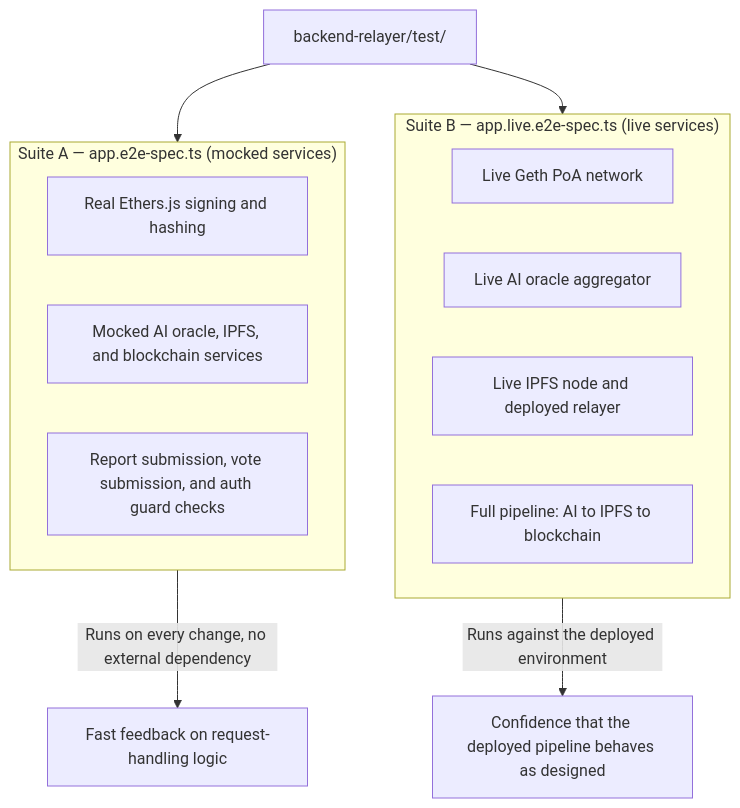
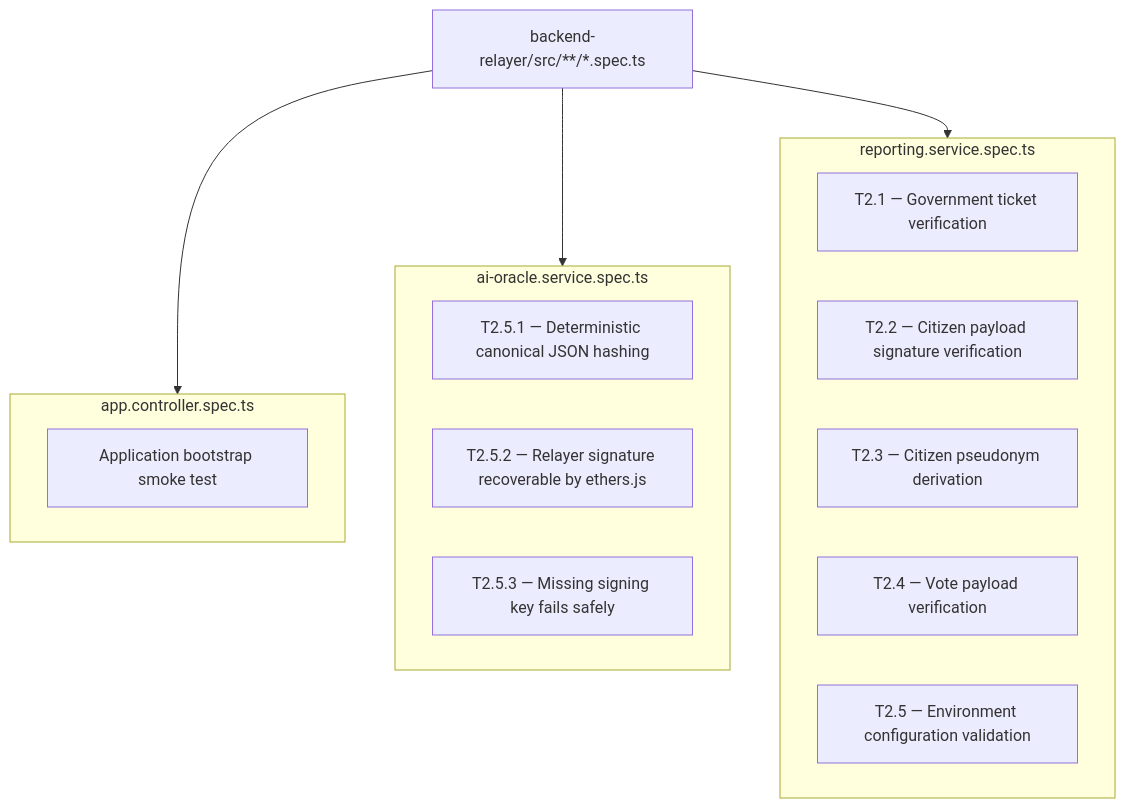
Before and after one commit to nostoc/fyp-reports: the diagram in final-report/Diagrams/chapter5-relayer-test-suites.mmd, drawn with Mermaid. The commit also changed 17 other files, not shown here.

```diff
--- a/final-report/Diagrams/chapter5-relayer-test-suites.mmd
+++ b/final-report/Diagrams/chapter5-relayer-test-suites.mmd
@@ -1,22 +1,26 @@
-%% Figure: Two-tier relayer test strategy — fast mocked suite and live integration suite.
+%% Figure: Relayer unit test suite, covering cryptographic and validation logic in isolation.
 %% Render to: Images/Chapter 5/relayer-test-suites.png
 flowchart TB
-    Code["backend-relayer/test/"]
+    Code["backend-relayer/src/**/*.spec.ts"]
 
-    subgraph SuiteA["Suite A — app.e2e-spec.ts (mocked services)"]
-        A1["Real Ethers.js signing and hashing"]
-        A2["Mocked AI oracle, IPFS, and blockchain services"]
-        A3["Report submission, vote submission, and auth guard checks"]
+    subgraph Controller["app.controller.spec.ts"]
+        C1["Application bootstrap smoke test"]
     end
 
-    subgraph SuiteB["Suite B — app.live.e2e-spec.ts (live services)"]
-        B1["Live Geth PoA network"]
-        B2["Live AI oracle aggregator"]
-        B3["Live IPFS node and deployed relayer"]
-        B4["Full pipeline: AI to IPFS to blockchain"]
+    subgraph Oracle["ai-oracle.service.spec.ts"]
+        O1["T2.5.1 — Deterministic canonical JSON hashing"]
+        O2["T2.5.2 — Relayer signature recoverable by ethers.js"]
+        O3["T2.5.3 — Missing signing key fails safely"]
     end
 
-    Code --> SuiteA
-    Code --> SuiteB
-    SuiteA -- "Runs on every change, no external dependency" --> Fast["Fast feedback on request-handling logic"]
-    SuiteB -- "Runs against the deployed environment" --> Confidence["Confidence that the deployed pipeline behaves as designed"]
+    subgraph Reporting["reporting.service.spec.ts"]
+        R1["T2.1 — Government ticket verification"]
+        R2["T2.2 — Citizen payload signature verification"]
+        R3["T2.3 — Citizen pseudonym derivation"]
+        R4["T2.4 — Vote payload verification"]
+        R5["T2.5 — Environment configuration validation"]
+    end
+
+    Code --> Controller
+    Code --> Oracle
+    Code --> Reporting
```
